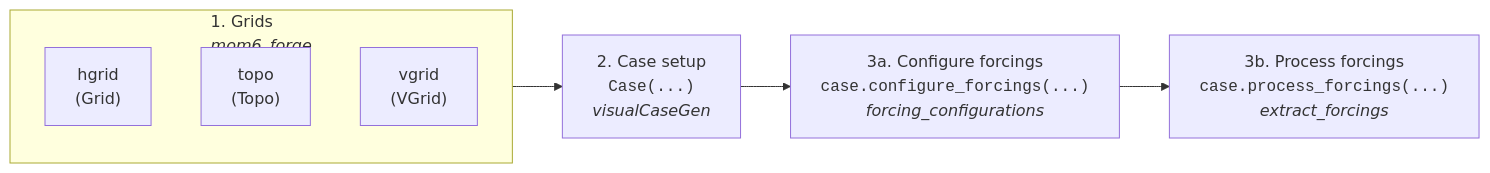
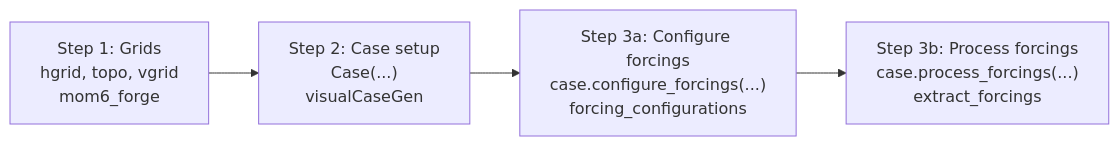
One commit to CROCODILE-CESM/CrocoDash changed the diagram in docs/source/for_users/index.md. Above: the diagram before and after it, drawn with Mermaid.

````diff
--- a/docs/source/for_users/index.md
+++ b/docs/source/for_users/index.md
@@ -8,14 +8,9 @@
 ```{mermaid}
 flowchart LR
-    subgraph S1["1. Grids<br/><i>mom6_forge</i>"]
-        direction TB
-        HG["hgrid<br/>(Grid)"]
-        TP["topo<br/>(Topo)"]
-        VG["vgrid<br/>(VGrid)"]
-    end
-    S2["2. Case setup<br/><code>Case(...)</code><br/><i>visualCaseGen</i>"]
-    S3a["3a. Configure forcings<br/><code>case.configure_forcings(...)</code><br/><i>forcing_configurations</i>"]
-    S3b["3b. Process forcings<br/><code>case.process_forcings(...)</code><br/><i>extract_forcings</i>"]
+    S1["Step 1: Grids<br/>hgrid, topo, vgrid<br/>mom6_forge"]
+    S2["Step 2: Case setup<br/>Case(...)<br/>visualCaseGen"]
+    S3a["Step 3a: Configure forcings<br/>case.configure_forcings(...)<br/>forcing_configurations"]
+    S3b["Step 3b: Process forcings<br/>case.process_forcings(...)<br/>extract_forcings"]
 
     S1 --> S2 --> S3a --> S3b
 ```
````
